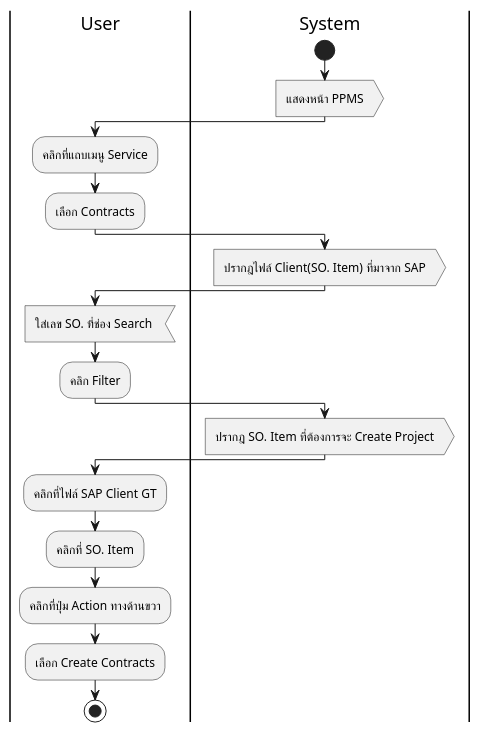
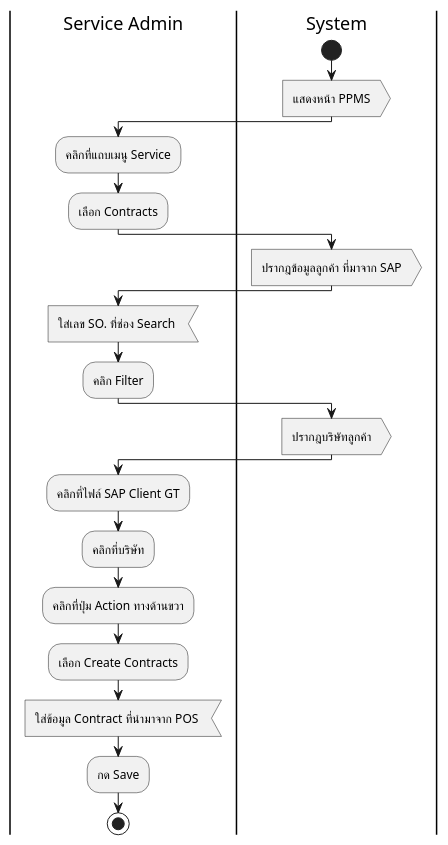
Before and after one commit to Meenkonlapat/RPA-Project: the diagram in User Activity/Process 3 Categorizing/u2-Create Contract.wsd, drawn with PlantUML. The commit also changed 5 other files, not shown here.

```diff
--- a/User Activity/Process 3 Categorizing/u2-Create Contract.wsd
+++ b/User Activity/Process 3 Categorizing/u2-Create Contract.wsd
@@ -1,22 +1,24 @@
 @startuml
-|User|
+|Service Admin|
 |System|
 start
 :แสดงหน้า PPMS>
-|User|
+|Service Admin|
 :คลิกที่แถบเมนู Service;
 :เลือก Contracts;
 |System|
-:ปรากฎไฟล์ Client(SO. Item) ที่มาจาก SAP>
-|User|
+:ปรากฎข้อมูลลูกค้า ที่มาจาก SAP>
+|Service Admin|
 :ใส่เลข SO. ที่ช่อง Search <
 :คลิก Filter;
 |System|
-:ปรากฎ SO. Item ที่ต้องการจะ Create Project>
-|User|
+:ปรากฎบริษัทลูกค้า>
+|Service Admin|
 :คลิกที่ไฟล์ SAP Client GT;
-:คลิกที่ SO. Item;
+:คลิกที่บริษัท;
 :คลิกที่ปุ่ม Action ทางด้านขวา;
 :เลือก Create Contracts;
+:ใส่ข้อมูล Contract ที่นำมาจาก POS <
+:กด Save;
 stop
 @enduml
```
